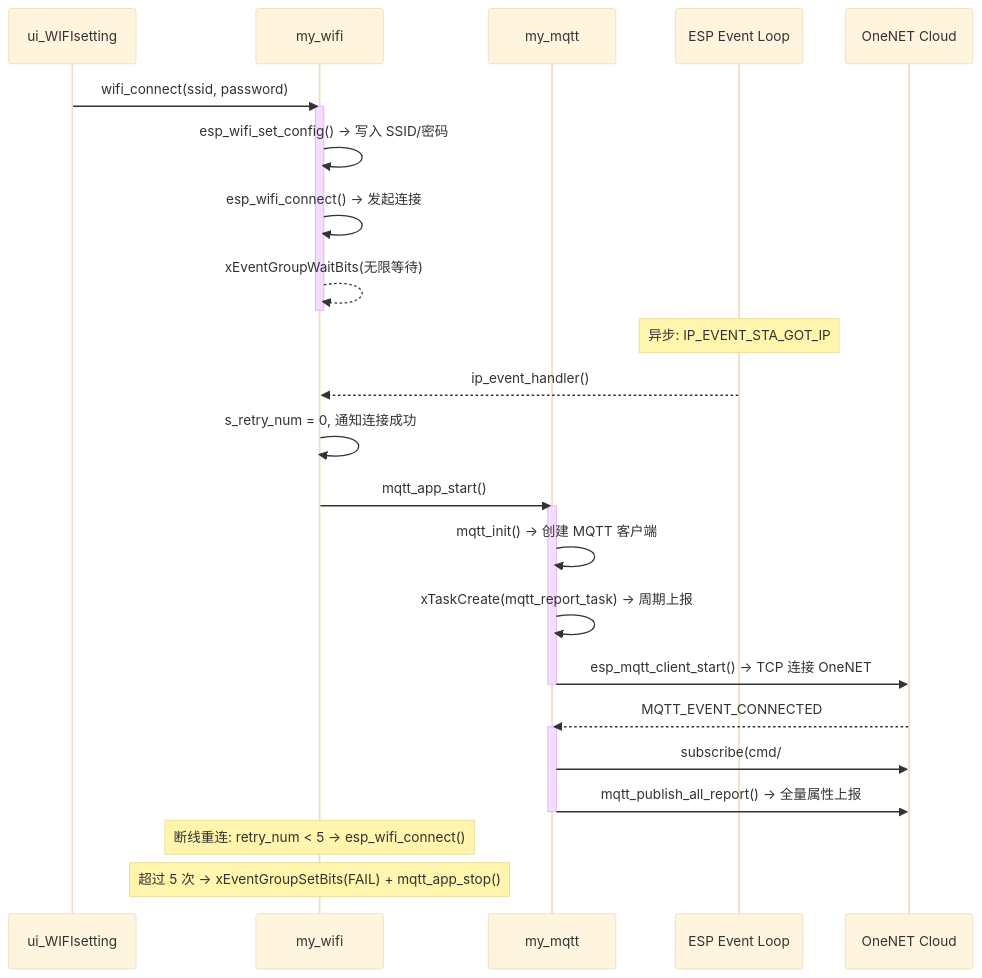
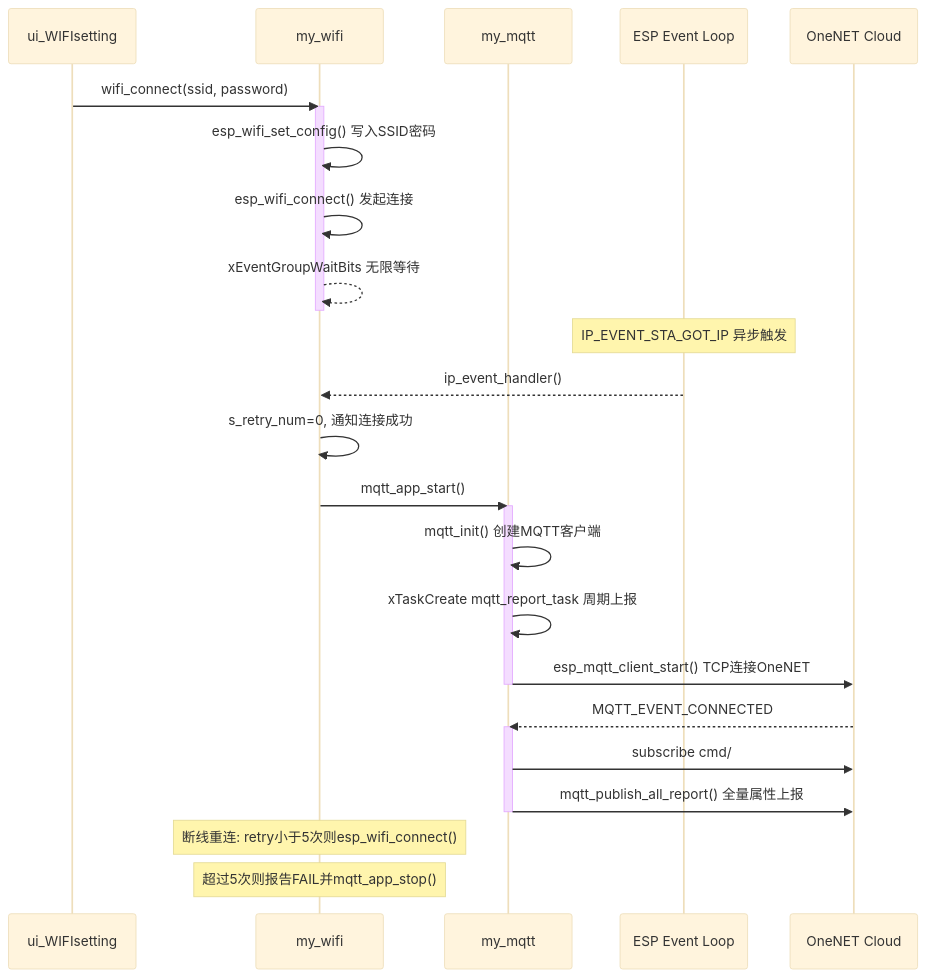
One commit to Li-HF2025/-enviroment_monitor_-_1_ changed the second of 5 diagrams in README.md. Above: the diagram before and after it, drawn with Mermaid (base theme). The commit also changed other lines of this file, not shown here.

First line of the commit message:
Fix Mermaid diagram syntax for GitHub rendering compatibility

````diff
--- a/README.md
+++ b/README.md
@@ -987,35 +987,35 @@
 ```mermaid
 sequenceDiagram
     participant UI as ui_WIFIsetting
     participant WF as my_wifi
     participant MQ as my_mqtt
     participant EV as ESP Event Loop
     participant CLD as OneNET Cloud
 
     UI->>WF: wifi_connect(ssid, password)
     activate WF
-    WF->>WF: esp_wifi_set_config() → 写入 SSID/密码
-    WF->>WF: esp_wifi_connect() → 发起连接
-    WF-->>WF: xEventGroupWaitBits(无限等待)
+    WF->>WF: esp_wifi_set_config() 写入SSID密码
+    WF->>WF: esp_wifi_connect() 发起连接
+    WF-->>WF: xEventGroupWaitBits 无限等待
     deactivate WF
 
-    Note over EV: 异步: IP_EVENT_STA_GOT_IP
+    Note over EV: IP_EVENT_STA_GOT_IP 异步触发
     EV-->>WF: ip_event_handler()
-    WF->>WF: s_retry_num = 0, 通知连接成功
+    WF->>WF: s_retry_num=0, 通知连接成功
 
     WF->>MQ: mqtt_app_start()
     activate MQ
-    MQ->>MQ: mqtt_init() → 创建 MQTT 客户端
-    MQ->>MQ: xTaskCreate(mqtt_report_task) → 周期上报
-    MQ->>CLD: esp_mqtt_client_start() → TCP 连接 OneNET
+    MQ->>MQ: mqtt_init() 创建MQTT客户端
+    MQ->>MQ: xTaskCreate mqtt_report_task 周期上报
+    MQ->>CLD: esp_mqtt_client_start() TCP连接OneNET
     deactivate MQ
 
     CLD-->>MQ: MQTT_EVENT_CONNECTED
     activate MQ
-    MQ->>CLD: subscribe(cmd/#, post/reply, property/set)
-    MQ->>CLD: mqtt_publish_all_report() → 全量属性上报
+    MQ->>CLD: subscribe cmd/#, post/reply, property/set
+    MQ->>CLD: mqtt_publish_all_report() 全量属性上报
     deactivate MQ
 
-    Note over WF: 断线重连: retry_num < 5 → esp_wifi_connect()
-    Note over WF: 超过 5 次 → xEventGroupSetBits(FAIL) + mqtt_app_stop()
+    Note over WF: 断线重连: retry小于5次则esp_wifi_connect()
+    Note over WF: 超过5次则报告FAIL并mqtt_app_stop()
 ```
````
